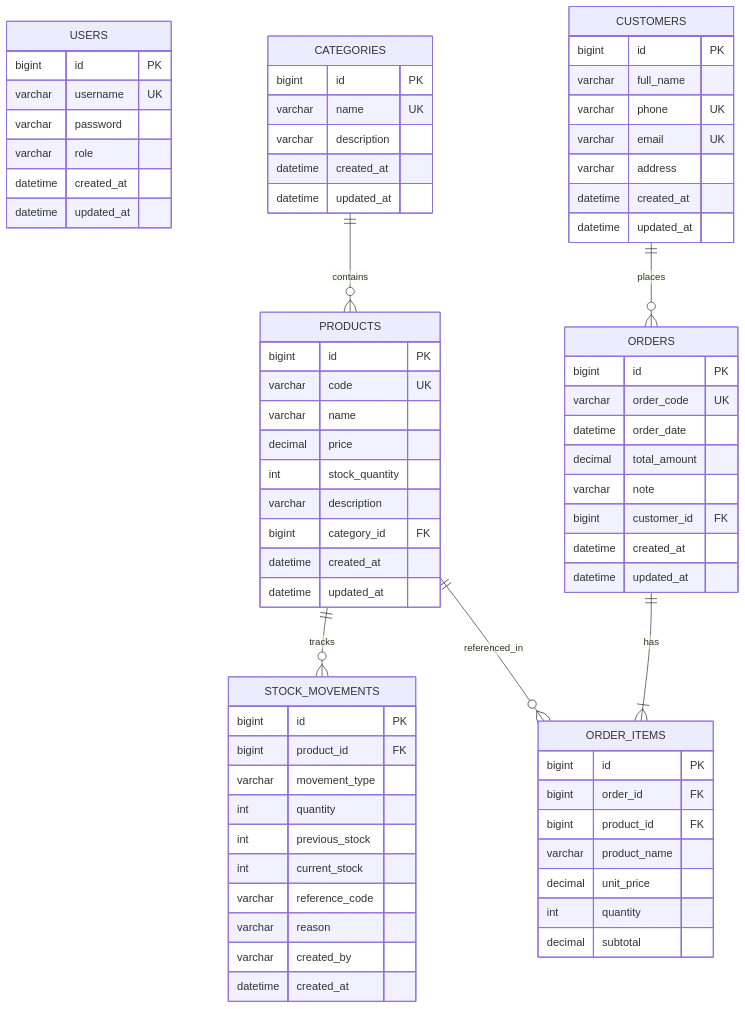
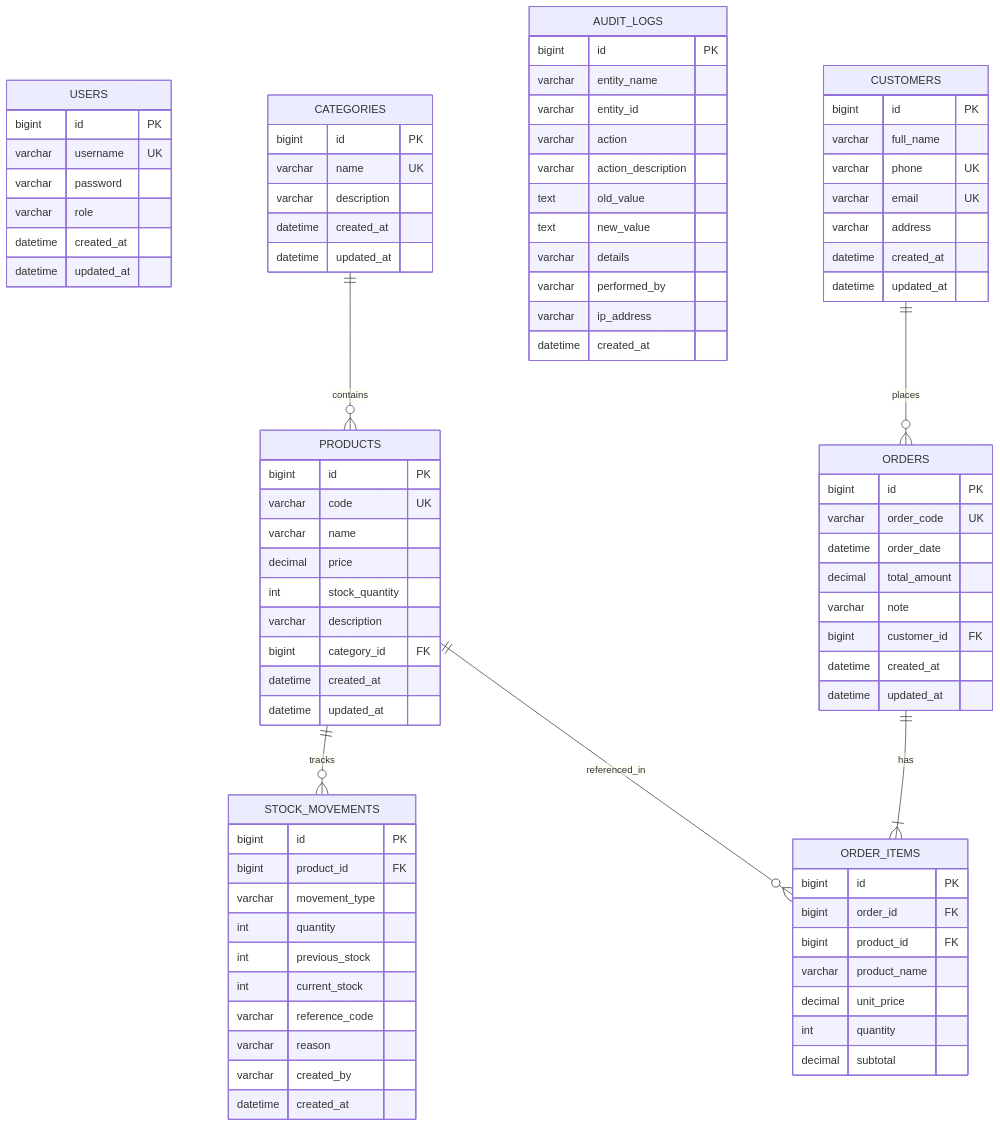
Before and after one commit to minhvuongle2004/BizPOS: the diagram in README.md, drawn with Mermaid. The commit also changed other lines of this file and 15 other files, not shown here.

Commit message:
feat: implement System Audit Log with Spring AOP, entity tracking, and admin UI

```diff
--- a/README.md
+++ b/README.md
@@ -188,6 +200,20 @@
         datetime created_at
     }
 
+    AUDIT_LOGS {
+        bigint id PK
+        varchar entity_name
+        varchar entity_id
+        varchar action
+        varchar action_description
+        text old_value
+        text new_value
+        varchar details
+        varchar performed_by
+        varchar ip_address
+        datetime created_at
+    }
+
     CUSTOMERS {
         bigint id PK
         varchar full_name
```
